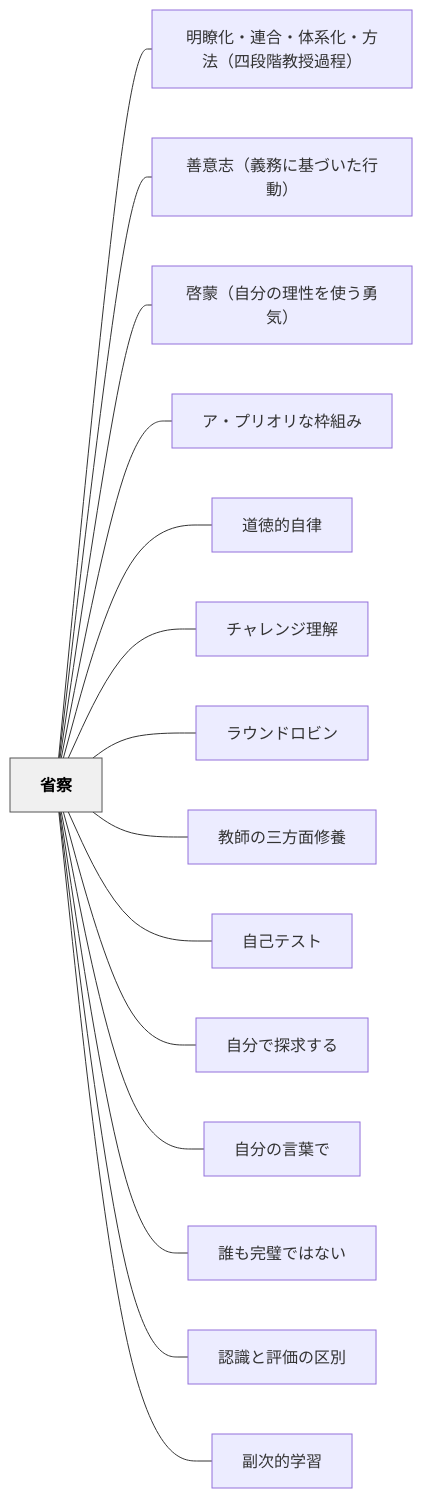
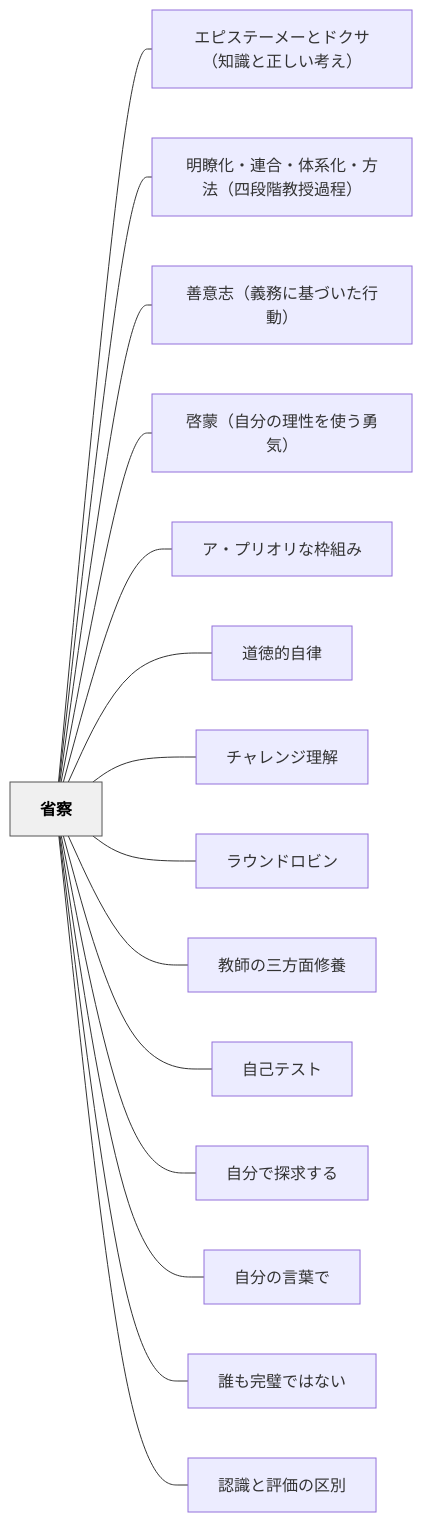
One commit to unknownthings-ed-patterns/unknownthings-ed-patterns changed the diagram in content/パタン/省察.md. Above: the diagram before and after it, drawn with Mermaid. The commit also changed other lines of this file and 17 other files, not shown here.

````diff
--- a/content/パタン/省察.md
+++ b/content/パタン/省察.md
@@ -148,36 +171,36 @@
 ```mermaid
 flowchart LR
     ne79c81e5af9f["省察"]
+    ne382a8e38394e382b9e38386e383bce383a1e383bce381a8e38389e382afe382b5efbc88e79fa5e8ad98e381a8e6ada3e38197e38184e88083e38188efbc89["エピステーメーとドクサ（知識と正しい考え）"]
     ne6988ee79eade58c96e383bbe980a3e59088e383bbe4bd93e7b3bbe58c96e383bbe696b9e6b395efbc88e59b9be6aeb5e99a8ee69599e68e88e9818ee7a88befbc89["明瞭化・連合・体系化・方法（四段階教授過程）"]
     ne59684e6848fe5bf97efbc88e7bea9e58b99e381abe59fbae381a5e38184e3819fe8a18ce58b95efbc89["善意志（義務に基づいた行動）"]
     ne59593e89299efbc88e887aae58886e381aee79086e680a7e38292e4bdbfe38186e58b87e6b097efbc89["啓蒙（自分の理性を使う勇気）"]
     ne382a2e383bbe38397e383aae382aae383aae381aae69ea0e7b584e381bf["ア・プリオリな枠組み"]
     ne98193e5beb3e79a84e887aae5be8b["道徳的自律"]
     ne38381e383a3e383ace383b3e382b8e79086e8a7a3["チャレンジ理解"]
     ne383a9e382a6e383b3e38389e383ade38393e383b3["ラウンドロビン"]
     ne69599e5b8abe381aee4b889e696b9e99da2e4bfaee9a48a["教師の三方面修養"]
     ne887aae5b7b1e38386e382b9e38388["自己テスト"]
     ne887aae58886e381a7e68ea2e6b182e38199e3828b["自分で探求する"]
     ne887aae58886e381aee8a880e89189e381a7["自分の言葉で"]
     ne8aab0e38282e5ae8ce792a7e381a7e381afe381aae38184["誰も完璧ではない"]
     ne8aa8de8ad98e381a8e8a995e4bea1e381aee58cbae588a5["認識と評価の区別"]
-    ne589afe6aca1e79a84e5ada6e7bf92["副次的学習"]
 
+    ne79c81e5af9f --- ne382a8e38394e382b9e38386e383bce383a1e383bce381a8e38389e382afe382b5efbc88e79fa5e8ad98e381a8e6ada3e38197e38184e88083e38188efbc89
     ne79c81e5af9f --- ne6988ee79eade58c96e383bbe980a3e59088e383bbe4bd93e7b3bbe58c96e383bbe696b9e6b395efbc88e59b9be6aeb5e99a8ee69599e68e88e9818ee7a88befbc89
     ne79c81e5af9f --- ne59684e6848fe5bf97efbc88e7bea9e58b99e381abe59fbae381a5e38184e3819fe8a18ce58b95efbc89
     ne79c81e5af9f --- ne59593e89299efbc88e887aae58886e381aee79086e680a7e38292e4bdbfe38186e58b87e6b097efbc89
     ne79c81e5af9f --- ne382a2e383bbe38397e383aae382aae383aae381aae69ea0e7b584e381bf
     ne79c81e5af9f --- ne98193e5beb3e79a84e887aae5be8b
     ne79c81e5af9f --- ne38381e383a3e383ace383b3e382b8e79086e8a7a3
     ne79c81e5af9f --- ne383a9e382a6e383b3e38389e383ade38393e383b3
     ne79c81e5af9f --- ne69599e5b8abe381aee4b889e696b9e99da2e4bfaee9a48a
     ne79c81e5af9f --- ne887aae5b7b1e38386e382b9e38388
     ne79c81e5af9f --- ne887aae58886e381a7e68ea2e6b182e38199e3828b
     ne79c81e5af9f --- ne887aae58886e381aee8a880e89189e381a7
     ne79c81e5af9f --- ne8aab0e38282e5ae8ce792a7e381a7e381afe381aae38184
     ne79c81e5af9f --- ne8aa8de8ad98e381a8e8a995e4bea1e381aee58cbae588a5
-    ne79c81e5af9f --- ne589afe6aca1e79a84e5ada6e7bf92
 
     classDef hub fill:#f0f0f0,stroke:#555,color:#000,font-weight:bold
     class ne79c81e5af9f hub
 ```
````
